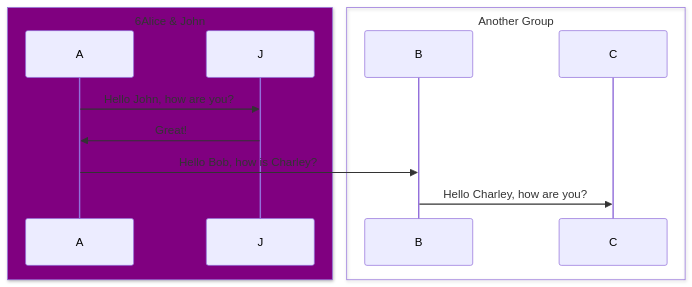
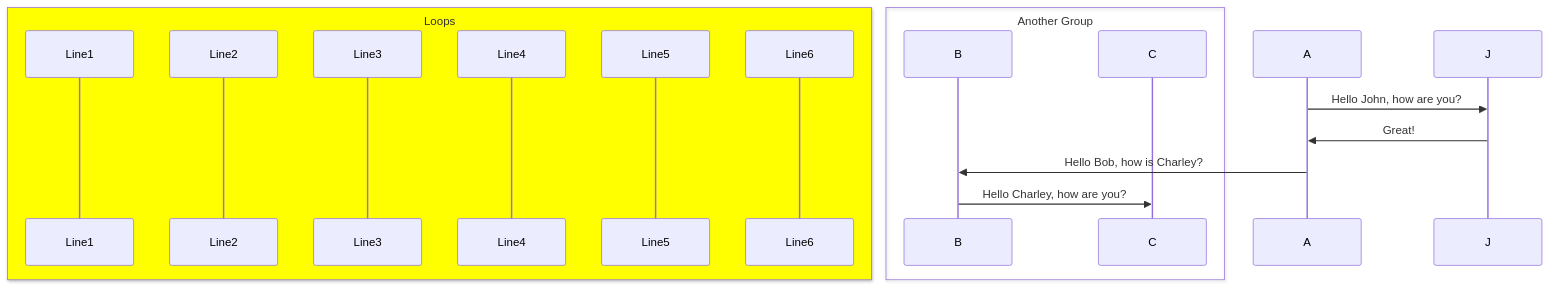
The fifth of 5 diagrams in README.md (noneda/try-pygame), drawn with Mermaid before and after one commit.

````diff
--- a/README.md
+++ b/README.md
@@ -434,16 +434,20 @@
 ```mermaid
 sequenceDiagram
-  box Purple 6Alice & John
-    participant A
-    participant J
+  box Yellow Loops
+    participant Line1
+    participant Line2
+    participant Line3
+    participant Line4
+    participant Line5
+    participant Line6
   end
   box Another Group
     participant B
     participant C
   end
   A->>J: Hello John, how are you?
   J->>A: Great!
   A->>B: Hello Bob, how is Charley?
   B->>C: Hello Charley, how are you?
 
 ```
````
